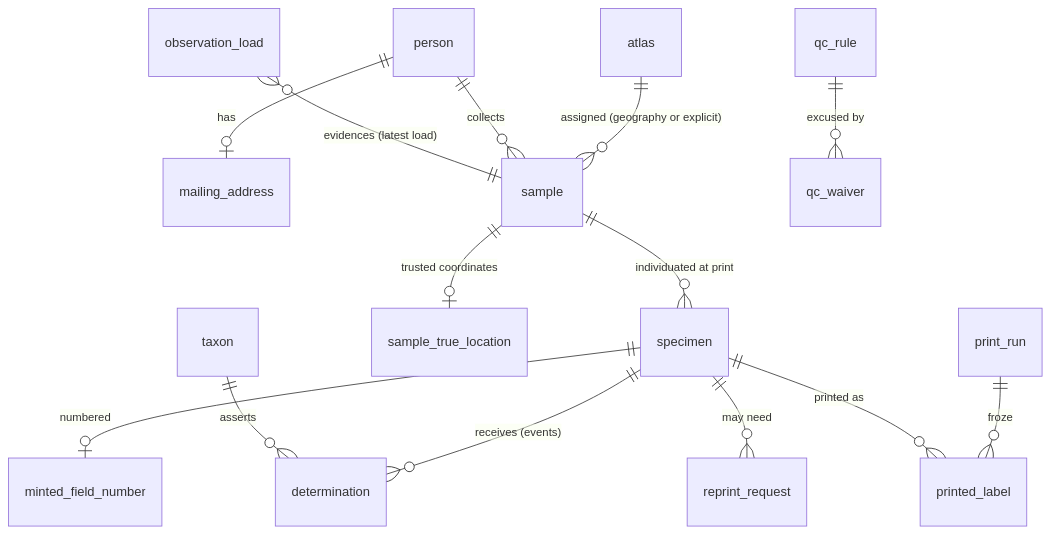
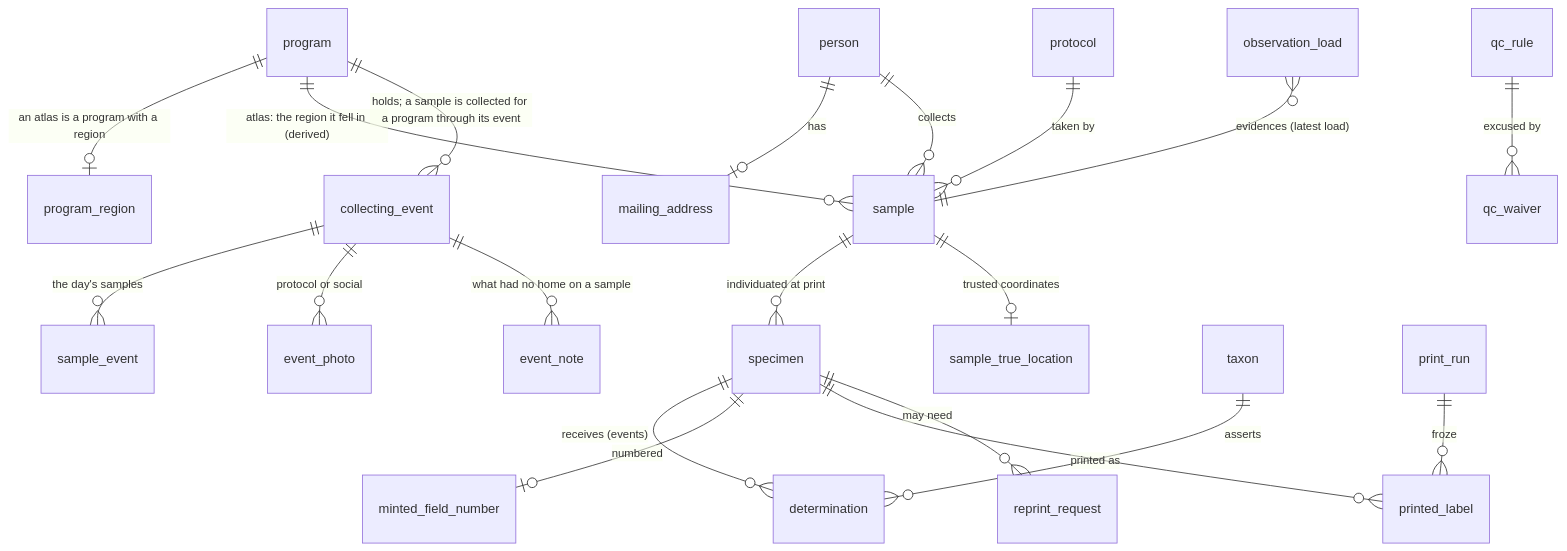
The diagram in docs/schema-sketch.md (rainhead/beeline), drawn with Mermaid before and after one commit. The commit also changed other lines of this file and 4 other files, not shown here.

````diff
--- a/docs/schema-sketch.md
+++ b/docs/schema-sketch.md
@@ -15,16 +15,22 @@
 ```mermaid
 erDiagram
     person ||--o| mailing_address : "has"
-    atlas ||--o{ sample : "assigned (geography or explicit)"
+    program ||--o| program_region : "an atlas is a program with a region"
+    program ||--o{ sample : "atlas: the region it fell in (derived)"
+    program ||--o{ collecting_event : "holds; a sample is collected for a program through its event"
+    protocol ||--o{ sample : "taken by"
+    collecting_event ||--o{ sample_event : "the day's samples"
+    collecting_event ||--o{ event_photo : "protocol or social"
+    collecting_event ||--o{ event_note : "what had no home on a sample"
     person ||--o{ sample : "collects"
     sample ||--o{ specimen : "individuated at print"
     sample ||--o| sample_true_location : "trusted coordinates"
     observation_load }o--|| sample : "evidences (latest load)"
     specimen ||--o{ determination : "receives (events)"
     taxon ||--o{ determination : "asserts"
     specimen ||--o| minted_field_number : "numbered"
     print_run ||--o{ printed_label : "froze"
     specimen ||--o{ printed_label : "printed as"
     specimen ||--o{ reprint_request : "may need"
     qc_rule ||--o{ qc_waiver : "excused by"
 ```
````
